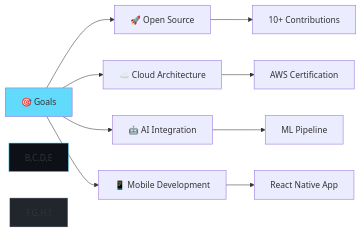
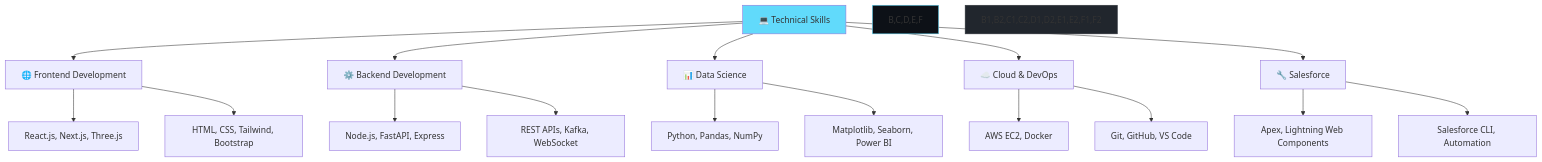
The diagram in README.md (Abhishek17-10/Abhishek17-10), drawn with Mermaid before and after one commit. The commit also changed other lines of this file, not shown here.

````diff
--- a/README.md
+++ b/README.md
@@ -255,16 +351,27 @@
 ```mermaid
-graph LR
-    A[🎯 Goals] --> B[🚀 Open Source]
-    A --> C[☁️ Cloud Architecture] 
-    A --> D[🤖 AI Integration]
-    A --> E[📱 Mobile Development]
+graph TD
+    A[💻 Technical Skills] --> B[🌐 Frontend Development]
+    A --> C[⚙️ Backend Development]
+    A --> D[📊 Data Science]
+    A --> E[☁️ Cloud & DevOps]
+    A --> F[🔧 Salesforce]
     
-    B --> F[10+ Contributions]
-    C --> G[AWS Certification]
-    D --> H[ML Pipeline]
-    E --> I[React Native App]
+    B --> B1[React.js, Next.js, Three.js]
+    B --> B2[HTML, CSS, Tailwind, Bootstrap]
+    
+    C --> C1[Node.js, FastAPI, Express]
+    C --> C2[REST APIs, Kafka, WebSocket]
+    
+    D --> D1[Python, Pandas, NumPy]
+    D --> D2[Matplotlib, Seaborn, Power BI]
+    
+    E --> E1[AWS EC2, Docker]
+    E --> E2[Git, GitHub, VS Code]
+    
+    F --> F1[Apex, Lightning Web Components]
+    F --> F2[Salesforce CLI, Automation]
     
     style A fill:#61dafb
-    style B,C,D,E fill:#0D1117,stroke:#61dafb
-    style F,G,H,I fill:#21262d,stroke:#30363d
+    style B,C,D,E,F fill:#0D1117,stroke:#61dafb
+    style B1,B2,C1,C2,D1,D2,E1,E2,F1,F2 fill:#21262d,stroke:#30363d
 ```
````
